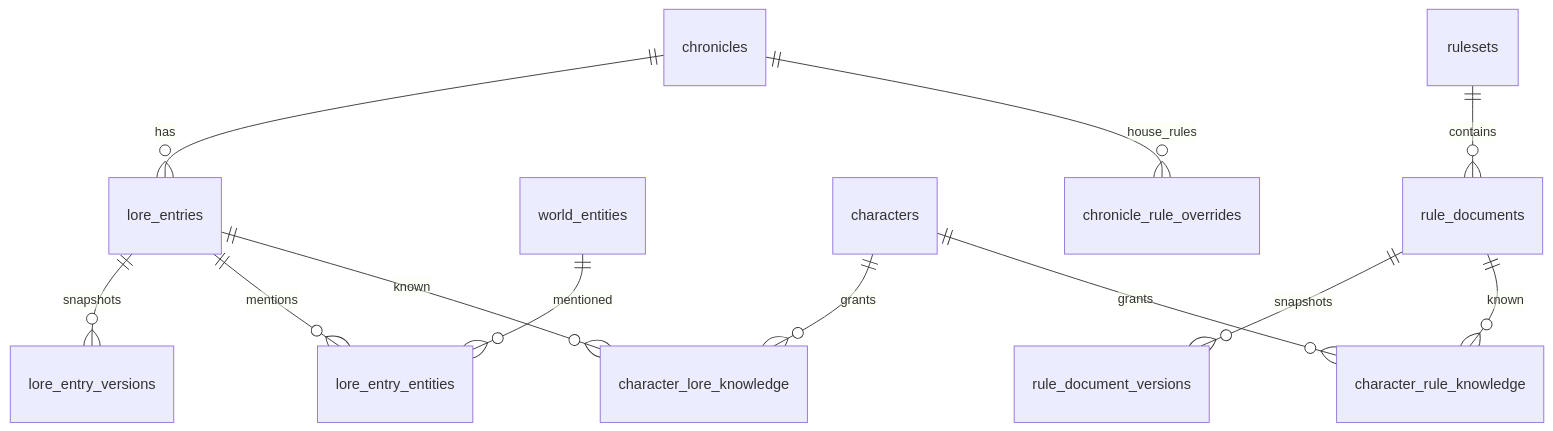
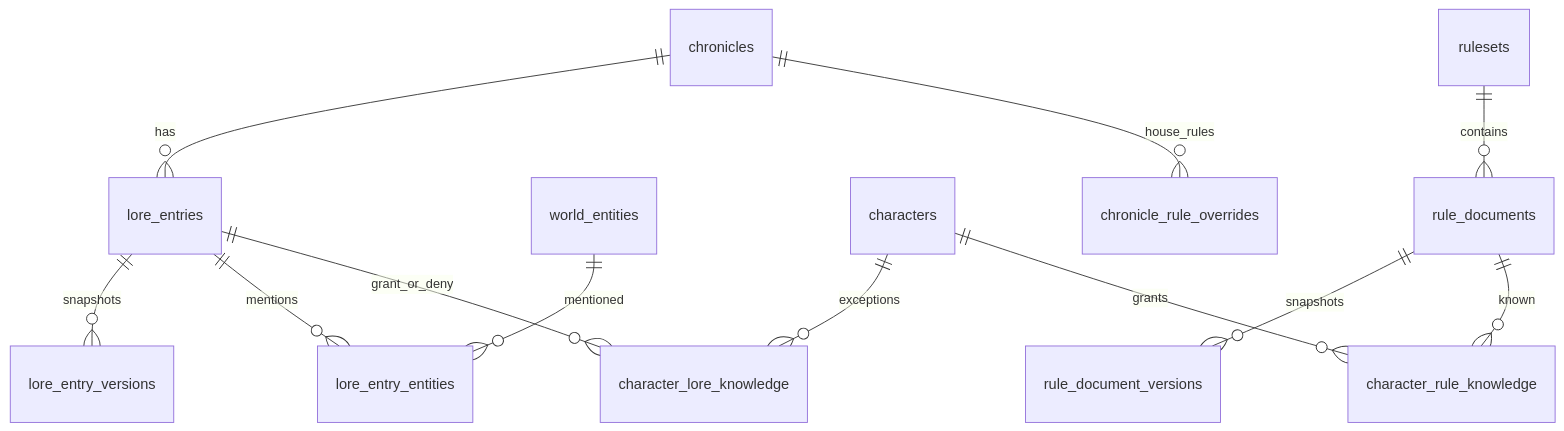
One commit to DmitriyRaskosov/vtm_chat_helper changed the fifth of 6 diagrams in docs/Architecture/Database.md. Above: the diagram before and after it, drawn with Mermaid. The commit also changed other lines of this file and 141 other files, not shown here.

First line of the commit message:
Add storyteller world and lore, dual-pass Copilot, and the graph extractor plan.

````diff
--- a/docs/Architecture/Database.md
+++ b/docs/Architecture/Database.md
@@ -107,14 +107,14 @@
 ```mermaid
 erDiagram
   chronicles ||--o{ lore_entries : has
   lore_entries ||--o{ lore_entry_versions : snapshots
   lore_entries ||--o{ lore_entry_entities : mentions
   world_entities ||--o{ lore_entry_entities : mentioned
-  characters ||--o{ character_lore_knowledge : grants
-  lore_entries ||--o{ character_lore_knowledge : known
+  characters ||--o{ character_lore_knowledge : exceptions
+  lore_entries ||--o{ character_lore_knowledge : grant_or_deny
   rulesets ||--o{ rule_documents : contains
   rule_documents ||--o{ rule_document_versions : snapshots
   chronicles ||--o{ chronicle_rule_overrides : house_rules
   characters ||--o{ character_rule_knowledge : grants
   rule_documents ||--o{ character_rule_knowledge : known
 ```
````
